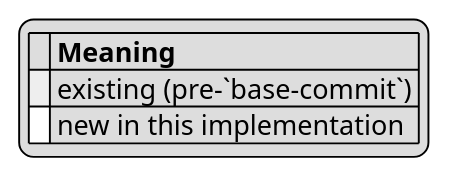
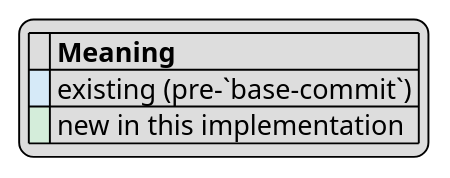
Before and after one commit to Eminakkoc/Millwright-Overseer-Development-Machine: the diagram in commands/mo-generate-implementation-diagrams.md, drawn with PlantUML. The commit also changed other lines of this file and 5 other files, not shown here.

````diff
--- a/commands/mo-generate-implementation-diagrams.md
+++ b/commands/mo-generate-implementation-diagrams.md
@@ -103,7 +109,7 @@
   ```plantuml
   legend right
     |= |= Meaning |
-    |<back:#EEEEEE>   </back>| existing (pre-`base-commit`) |
-    |<back:#FFFFFF>   </back>| new in this implementation |
+    |<back:#D6EAF8>   </back>| existing (pre-`base-commit`) |
+    |<back:#D4EDDA>   </back>| new in this implementation |
   endlegend
   ```
````
